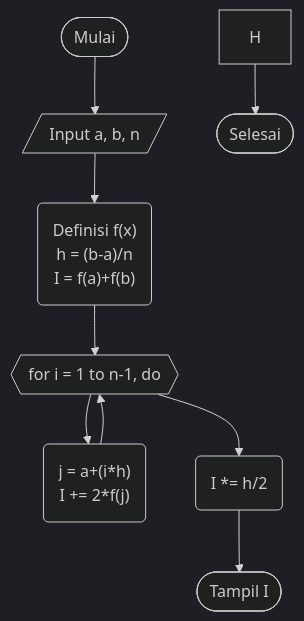
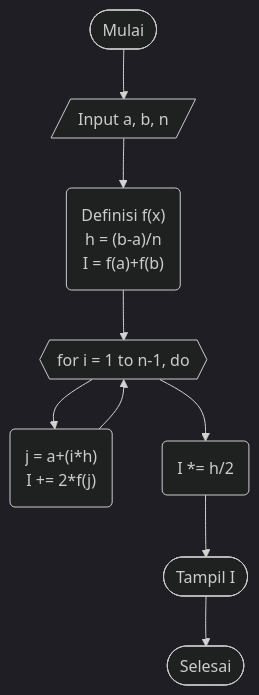
The first of 3 diagrams in README.md (yozoracaelum/KN-M7), drawn with Mermaid (dark theme) before and after one commit.

````diff
--- a/README.md
+++ b/README.md
@@ -5,11 +5,11 @@
 ```mermaid
 graph TD;
     A([Mulai])-->B[/Input a, b, n/];
     B-->C("Definisi f(x)<br>h = (b-a)/n<br>I = f(a)+f(b)");
     C-->D{{for i = 1 to n-1, do}};
     D-->E("j = a+(i*h)<br>I += 2*f(j)");
     E-->D;
     D-->F(I *= h/2);
     F-->G([Tampil I]);
-    H-->I([Selesai]);
+    G-->I([Selesai]);
 ```
````
